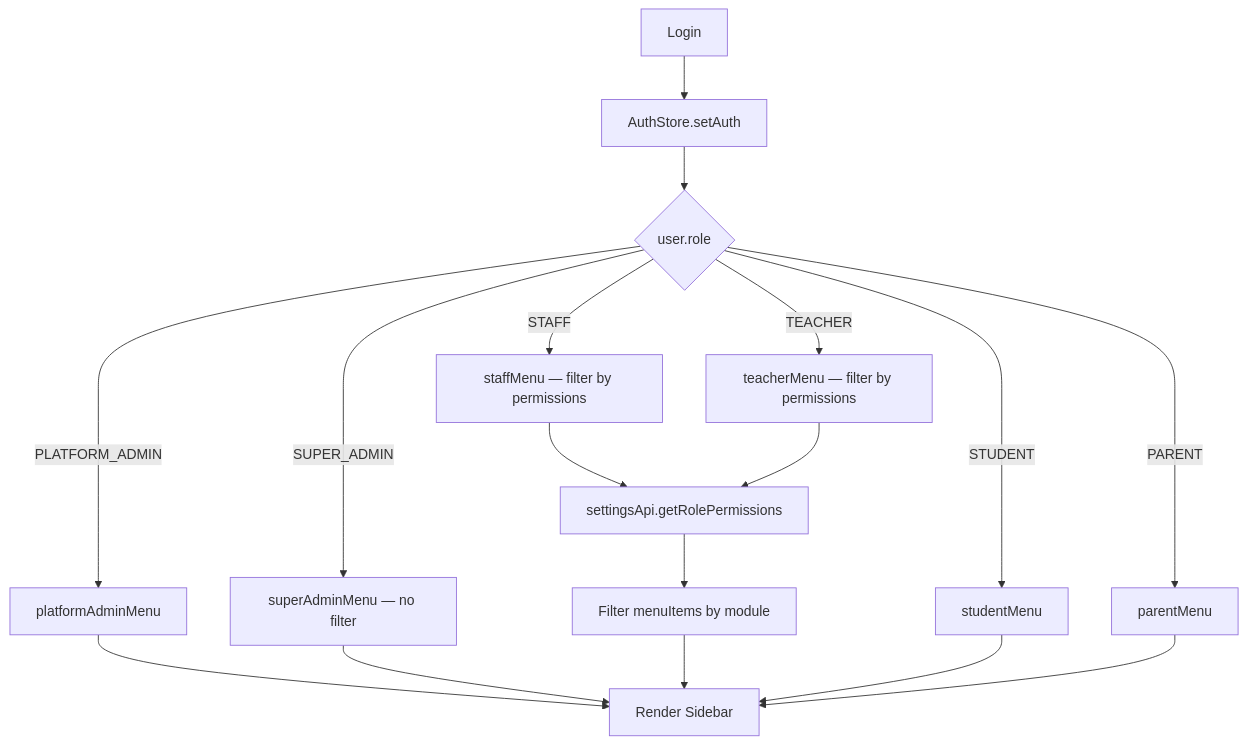
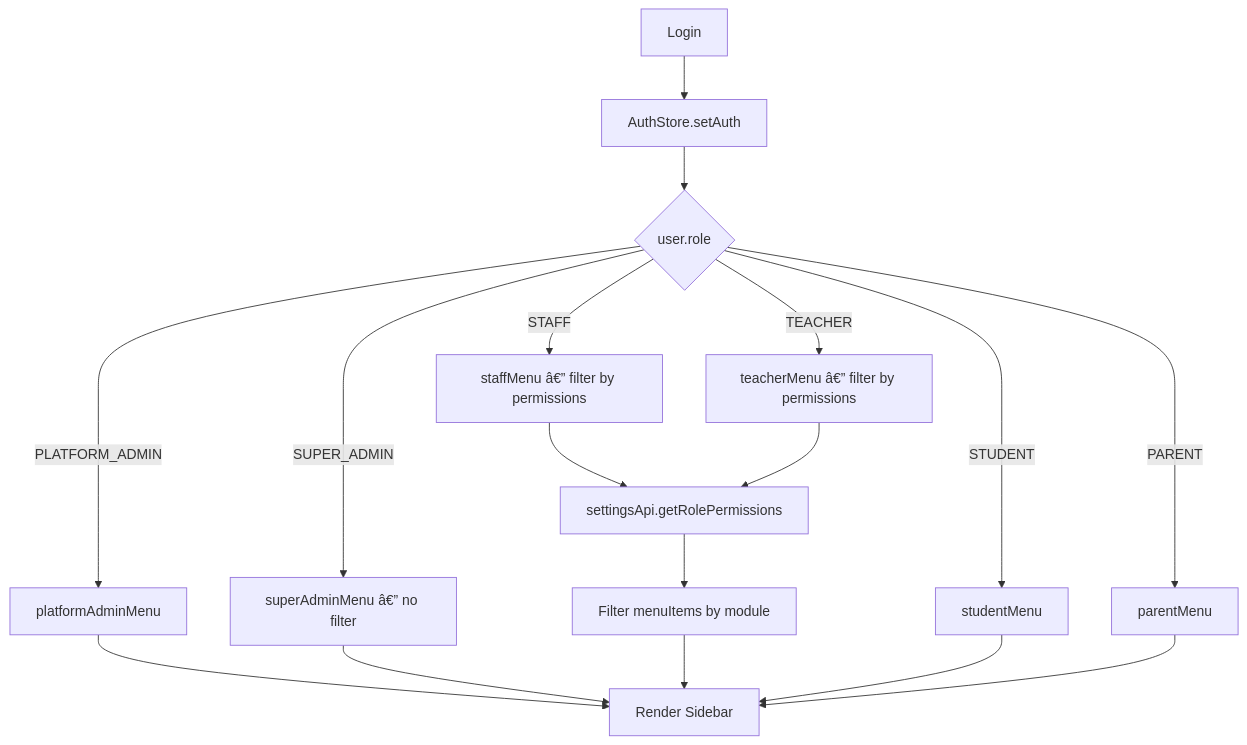
One commit to haidonglethqb/CloudSchool changed the diagram in docs/system/frontend/role-based-ui.md. Above: the diagram before and after it, drawn with Mermaid. The commit also changed other lines of this file and 39 other files, not shown here.

````diff
--- a/docs/system/frontend/role-based-ui.md
+++ b/docs/system/frontend/role-based-ui.md
@@ -61,19 +61,19 @@
 ```mermaid
 flowchart TD
     A[Login] --> B[AuthStore.setAuth]
     B --> C{user.role}
     C -->|PLATFORM_ADMIN| D[platformAdminMenu]
-    C -->|SUPER_ADMIN| E[superAdminMenu — no filter]
-    C -->|STAFF| F[staffMenu — filter by permissions]
-    C -->|TEACHER| G[teacherMenu — filter by permissions]
+    C -->|SUPER_ADMIN| E[superAdminMenu â€” no filter]
+    C -->|STAFF| F[staffMenu â€” filter by permissions]
+    C -->|TEACHER| G[teacherMenu â€” filter by permissions]
     C -->|STUDENT| H[studentMenu]
     C -->|PARENT| I[parentMenu]
     F --> J[settingsApi.getRolePermissions]
     G --> J
     J --> K[Filter menuItems by module]
     D --> L[Render Sidebar]
     E --> L
     K --> L
     H --> L
     I --> L
 ```
````
